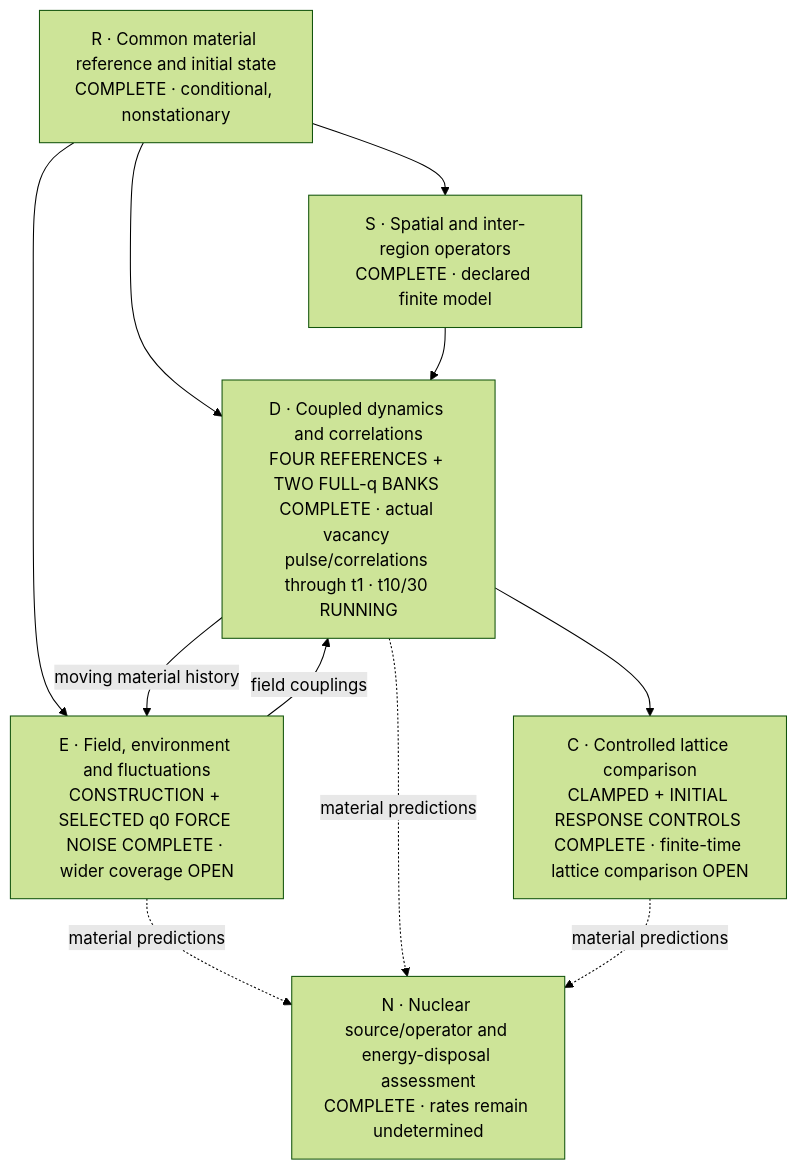
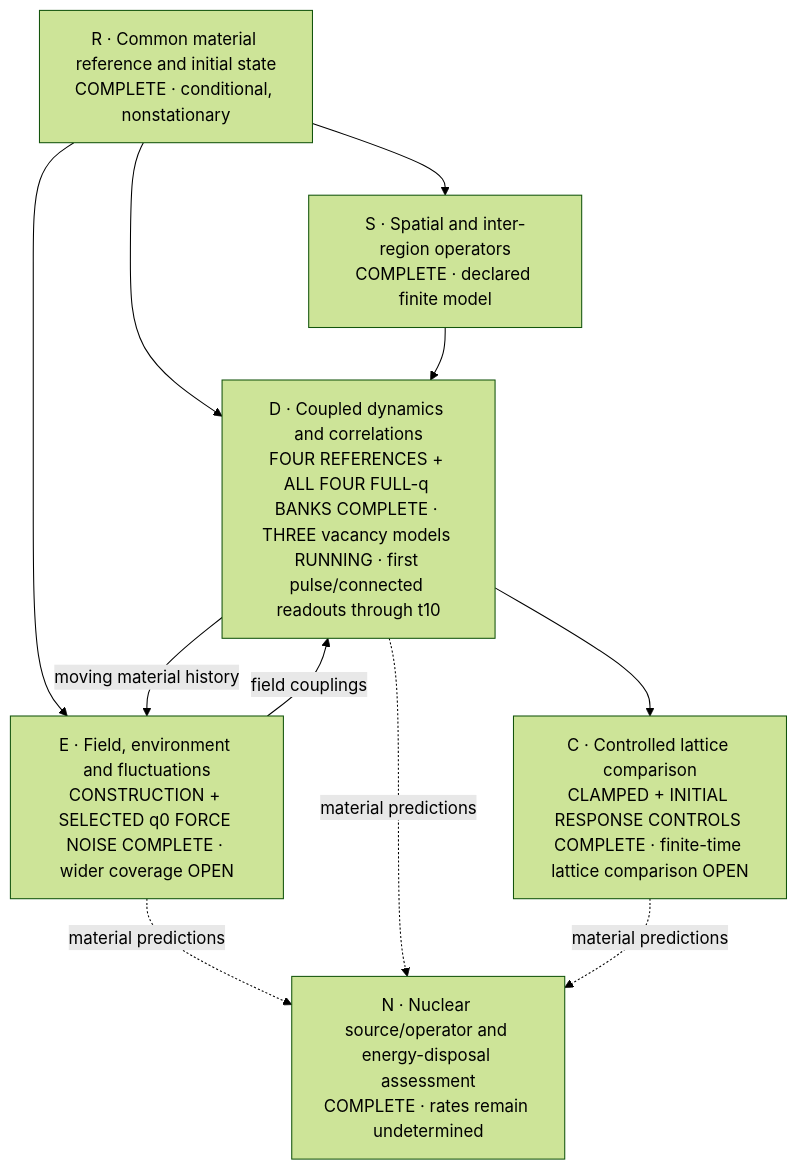
The first of 2 diagrams in proposals/P254-ni-collective-response/SOLUTION.md (vantasnerdan/substrate-framework), drawn with Mermaid (forest theme) before and after one commit. The commit also changed other lines of this file and 5 other files, not shown here.

Commit message:
Record complete spatial banks and three actual nested simulations

````diff
--- a/proposals/P254-ni-collective-response/SOLUTION.md
+++ b/proposals/P254-ni-collective-response/SOLUTION.md
@@ -18,19 +18,19 @@
 ```mermaid
 flowchart TD
     R["R · Common material reference and initial state\nCOMPLETE · conditional, nonstationary"]
     S["S · Spatial and inter-region operators\nCOMPLETE · declared finite model"]
     E["E · Field, environment and fluctuations\nCONSTRUCTION + SELECTED q0 FORCE NOISE COMPLETE · wider coverage OPEN"]
-    D["D · Coupled dynamics and correlations\nFOUR REFERENCES + TWO FULL-q BANKS COMPLETE · actual vacancy pulse/correlations through t1 · t10/30 RUNNING"]
+    D["D · Coupled dynamics and correlations\nFOUR REFERENCES + ALL FOUR FULL-q BANKS COMPLETE · THREE vacancy models RUNNING · first pulse/connected readouts through t10"]
     C["C · Controlled lattice comparison\nCLAMPED + INITIAL RESPONSE CONTROLS COMPLETE · finite-time lattice comparison OPEN"]
     N["N · Nuclear source/operator and energy-disposal assessment\nCOMPLETE · rates remain undetermined"]
     R --> S
     R --> E
     R --> D
     S --> D
     E -- "field couplings" --> D
     D -- "moving material history" --> E
     D --> C
     E -. "material predictions" .-> N
     D -. "material predictions" .-> N
     C -. "material predictions" .-> N
 ```
````
